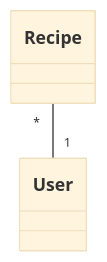
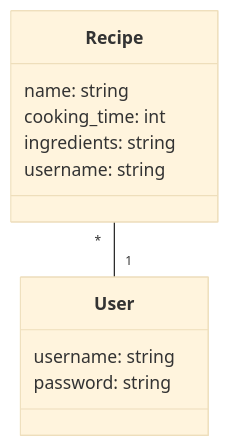
The diagram in recipe-app/documentation/architecture.md (Germuu/ot-harjoitusty-), drawn with Mermaid (base theme) before and after one commit.

````diff
--- a/recipe-app/documentation/architecture.md
+++ b/recipe-app/documentation/architecture.md
@@ -27,4 +27,14 @@
 ```mermaid
 classDiagram
+    class User {
+        username: string
+        password: string
+    }
+    class Recipe {
+        name: string
+        cooking_time: int
+        ingredients: string
+        username: string
+    }
     Recipe "*" -- "1" User
 ```
````
